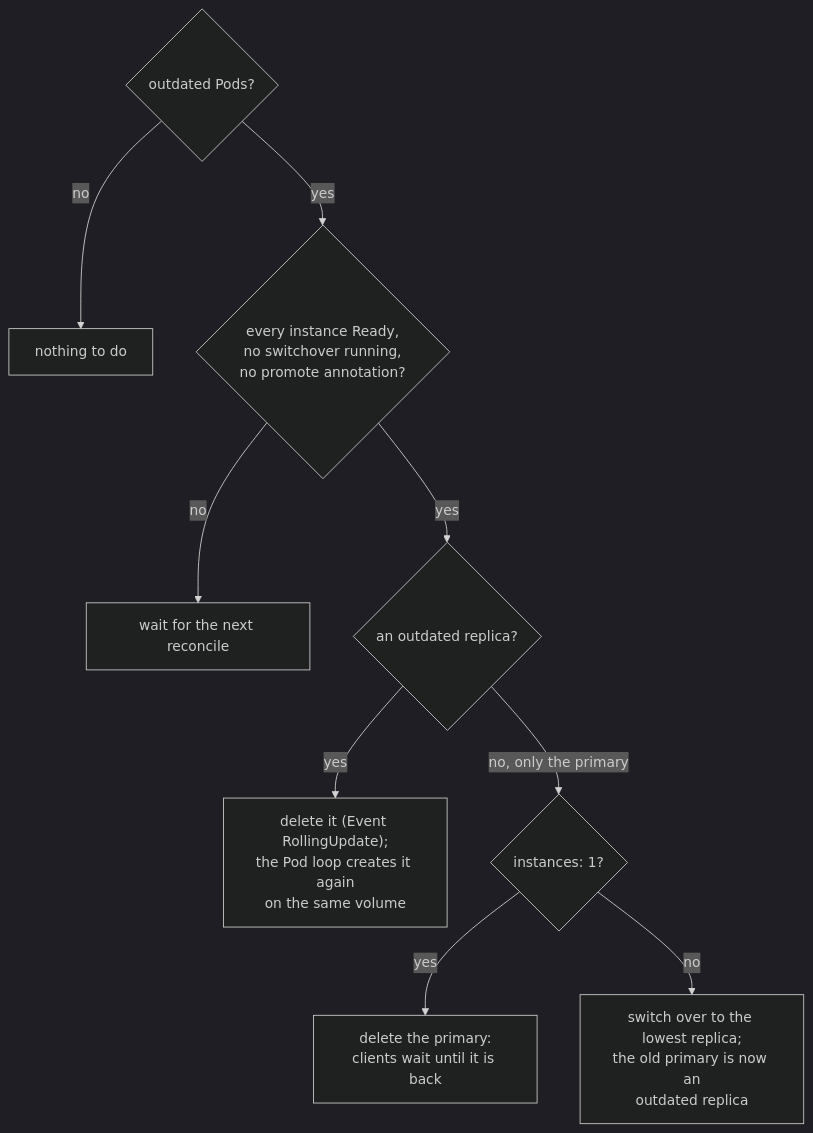
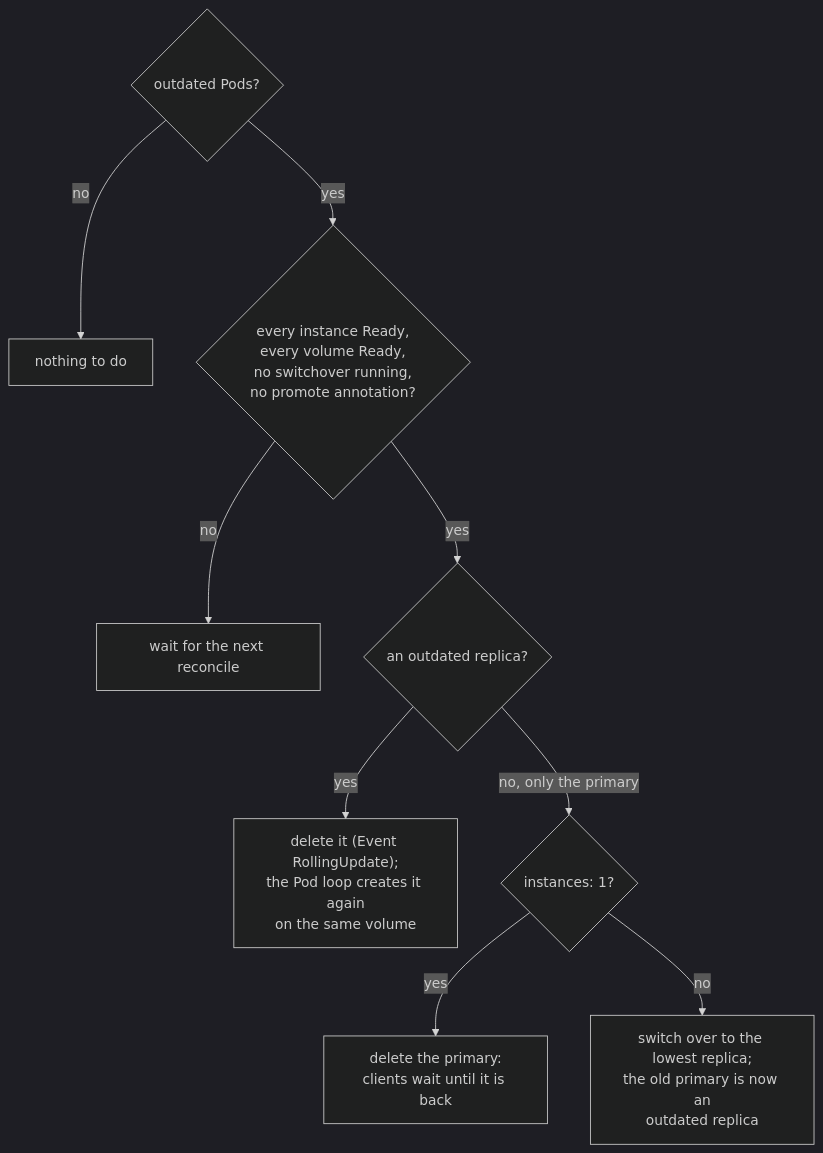
Before and after one commit to MrPickle311/redis-operator: the sixth of 7 diagrams in docs/architecture.md, drawn with Mermaid (dark theme). The commit also changed other lines of this file and 4 other files, not shown here.

Commit message:
Enhance rolling updates with volume readiness checks, new `ConditionReady` status, and improved switchover validation logic.

````diff
--- a/docs/architecture.md
+++ b/docs/architecture.md
@@ -412,11 +413,11 @@
 ```mermaid
 flowchart TD
     A{"outdated Pods?"} -->|no| Z["nothing to do"]
-    A -->|yes| B{"every instance Ready,<br/>no switchover running,<br/>no promote annotation?"}
+    A -->|yes| B{"every instance Ready,<br/>every volume Ready,<br/>no switchover running,<br/>no promote annotation?"}
     B -->|no| W["wait for the next reconcile"]
     B -->|yes| C{"an outdated replica?"}
     C -->|yes| D["delete it (Event RollingUpdate);<br/>the Pod loop creates it again<br/>on the same volume"]
     C -->|"no, only the primary"| E{"instances: 1?"}
     E -->|yes| F["delete the primary:<br/>clients wait until it is back"]
     E -->|no| G["switch over to the lowest replica;<br/>the old primary is now an<br/>outdated replica"]
 ```
````
